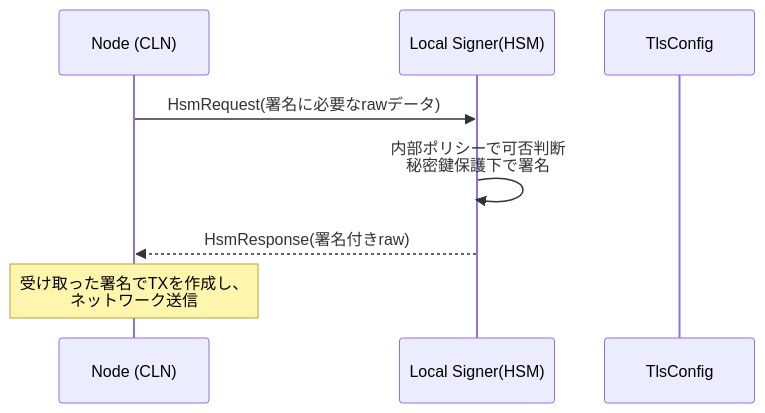
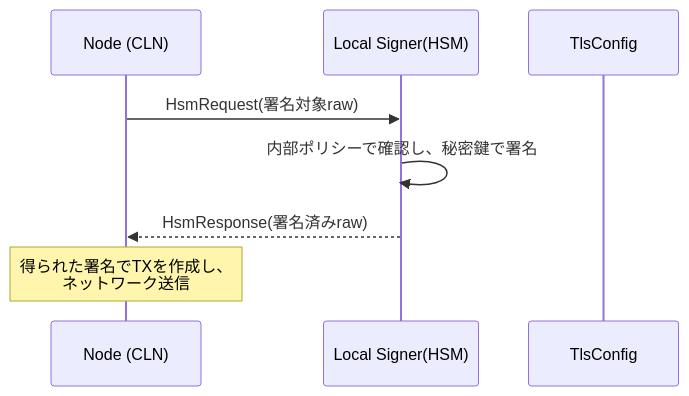
Before and after one commit to YusukeShimizu/YusukeShimizu-yusukeshimizu.github.io: the third of 4 diagrams in content/posts/2025-03-19.md, drawn with Mermaid. The commit also changed other lines of this file and 1 other file, not shown here.

````diff
--- a/content/posts/2025-03-19.md
+++ b/content/posts/2025-03-19.md
@@ -146,11 +144,11 @@
 ```mermaid
 sequenceDiagram
     participant Node(CLN) as Node (CLN)
     participant Signer as Local Signer(HSM)
     participant TLS as TlsConfig
 
-    Node(CLN)->>Signer: HsmRequest(署名に必要なrawデータ)
-    Signer->>Signer: 内部ポリシーで可否判断<br>秘密鍵保護下で署名
-    Signer-->>Node(CLN): HsmResponse(署名付きraw)
-    note over Node(CLN): 受け取った署名でTXを作成し、<br>ネットワーク送信
+    Node(CLN)->>Signer: HsmRequest(署名対象raw)
+    Signer->>Signer: 内部ポリシーで確認し、秘密鍵で署名
+    Signer-->>Node(CLN): HsmResponse(署名済みraw)
+    note over Node(CLN): 得られた署名でTXを作成し、<br>ネットワーク送信
 ```
````
